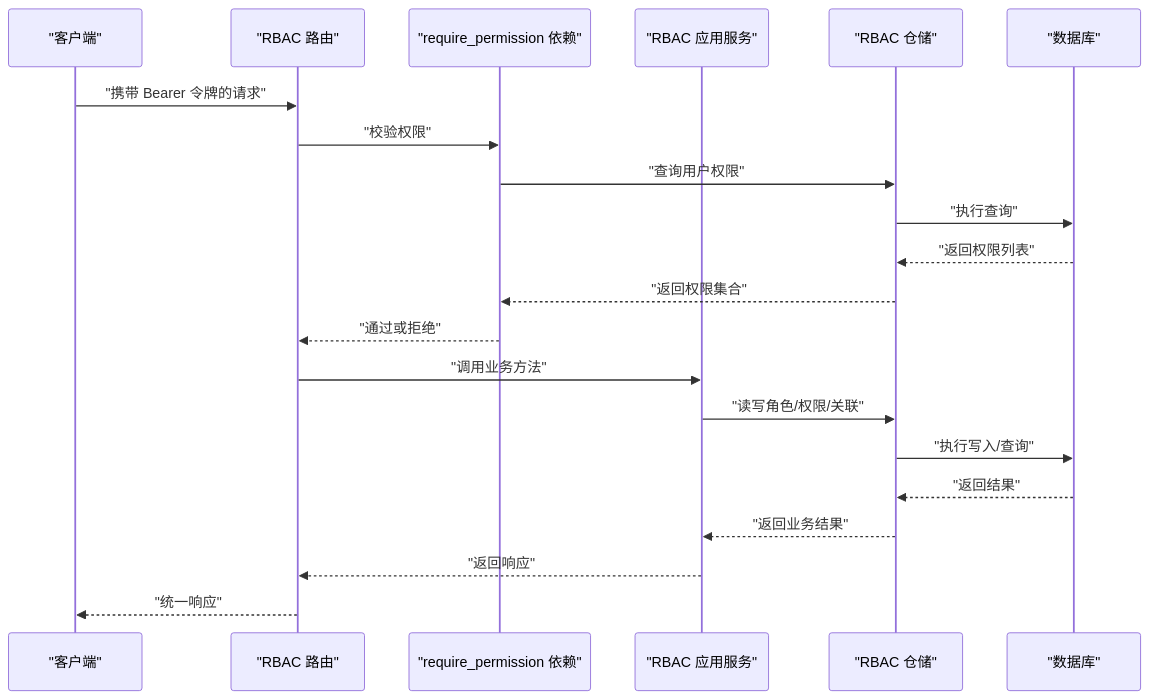
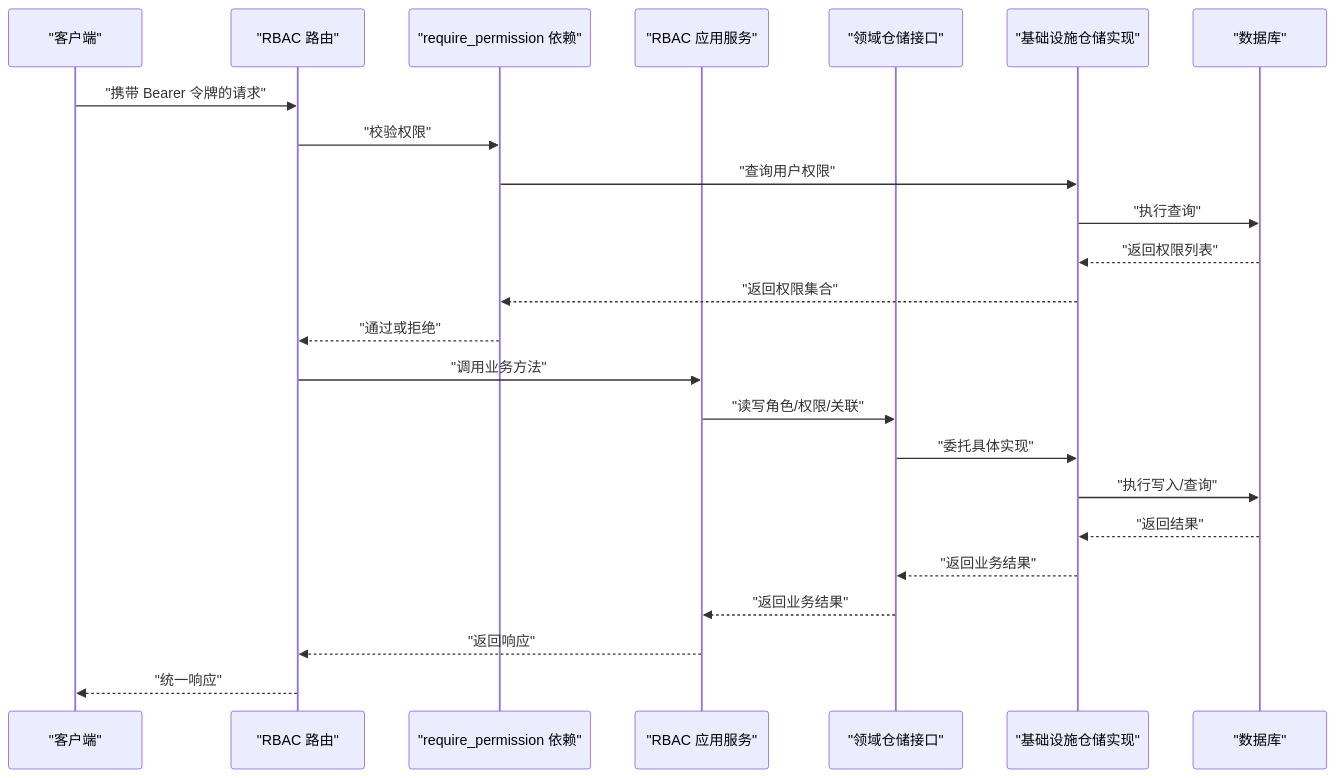
The second of 8 diagrams in .qoder/repowiki/zh/content/RBAC 权限系统/RBAC 权限系统.md (taoweidong/Hello-FastApi), drawn with Mermaid before and after one commit. The commit also changed other lines of this file and 18 other files, not shown here.

````diff
--- a/.qoder/repowiki/zh/content/RBAC 权限系统/RBAC 权限系统.md
+++ b/.qoder/repowiki/zh/content/RBAC 权限系统/RBAC 权限系统.md
@@ -112,23 +139,26 @@
 ```mermaid
 sequenceDiagram
 participant Client as "客户端"
 participant API as "RBAC 路由"
 participant Dep as "require_permission 依赖"
 participant Svc as "RBAC 应用服务"
-participant Repo as "RBAC 仓储"
+participant DomainRepo as "领域仓储接口"
+participant InfraRepo as "基础设施仓储实现"
 participant DB as "数据库"
 Client->>API : "携带 Bearer 令牌的请求"
 API->>Dep : "校验权限"
-Dep->>Repo : "查询用户权限"
-Repo->>DB : "执行查询"
-DB-->>Repo : "返回权限列表"
-Repo-->>Dep : "返回权限集合"
+Dep->>InfraRepo : "查询用户权限"
+InfraRepo->>DB : "执行查询"
+DB-->>InfraRepo : "返回权限列表"
+InfraRepo-->>Dep : "返回权限集合"
 Dep-->>API : "通过或拒绝"
 API->>Svc : "调用业务方法"
-Svc->>Repo : "读写角色/权限/关联"
-Repo->>DB : "执行写入/查询"
-DB-->>Repo : "返回结果"
-Repo-->>Svc : "返回业务结果"
+Svc->>DomainRepo : "读写角色/权限/关联"
+DomainRepo->>InfraRepo : "委托具体实现"
+InfraRepo->>DB : "执行写入/查询"
+DB-->>InfraRepo : "返回结果"
+InfraRepo-->>DomainRepo : "返回业务结果"
+DomainRepo-->>Svc : "返回业务结果"
 Svc-->>API : "返回响应"
 API-->>Client : "统一响应"
 ```
````
